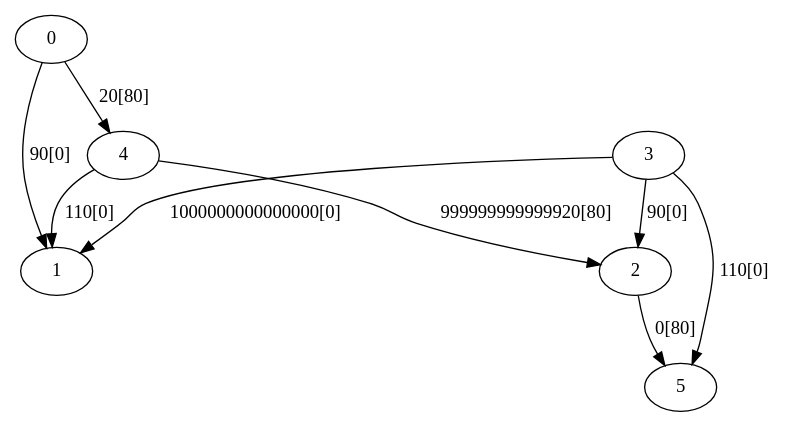
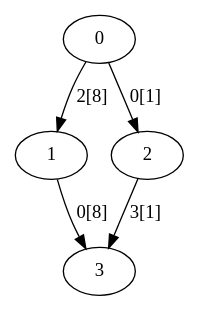
Before and after one commit to tamura2004/atcoder: the diagram in debug.dot, drawn with Graphviz. The commit also changed 18 other files, not shown here.

```diff
--- a/debug.dot
+++ b/debug.dot
@@ -1,10 +1,6 @@
 digraph tree {
-  0 -> 1 [label="90[0]"]
-  0 -> 4 [label="20[80]"]
-  2 -> 5 [label="0[80]"]
-  3 -> 5 [label="110[0]"]
-  3 -> 1 [label="1000000000000000[0]"]
-  3 -> 2 [label="90[0]"]
-  4 -> 1 [label="110[0]"]
-  4 -> 2 [label="999999999999920[80]"]
+  0 -> 1 [label="2[8]"]
+  0 -> 2 [label="0[1]"]
+  1 -> 3 [label="0[8]"]
+  2 -> 3 [label="3[1]"]
 }
```
